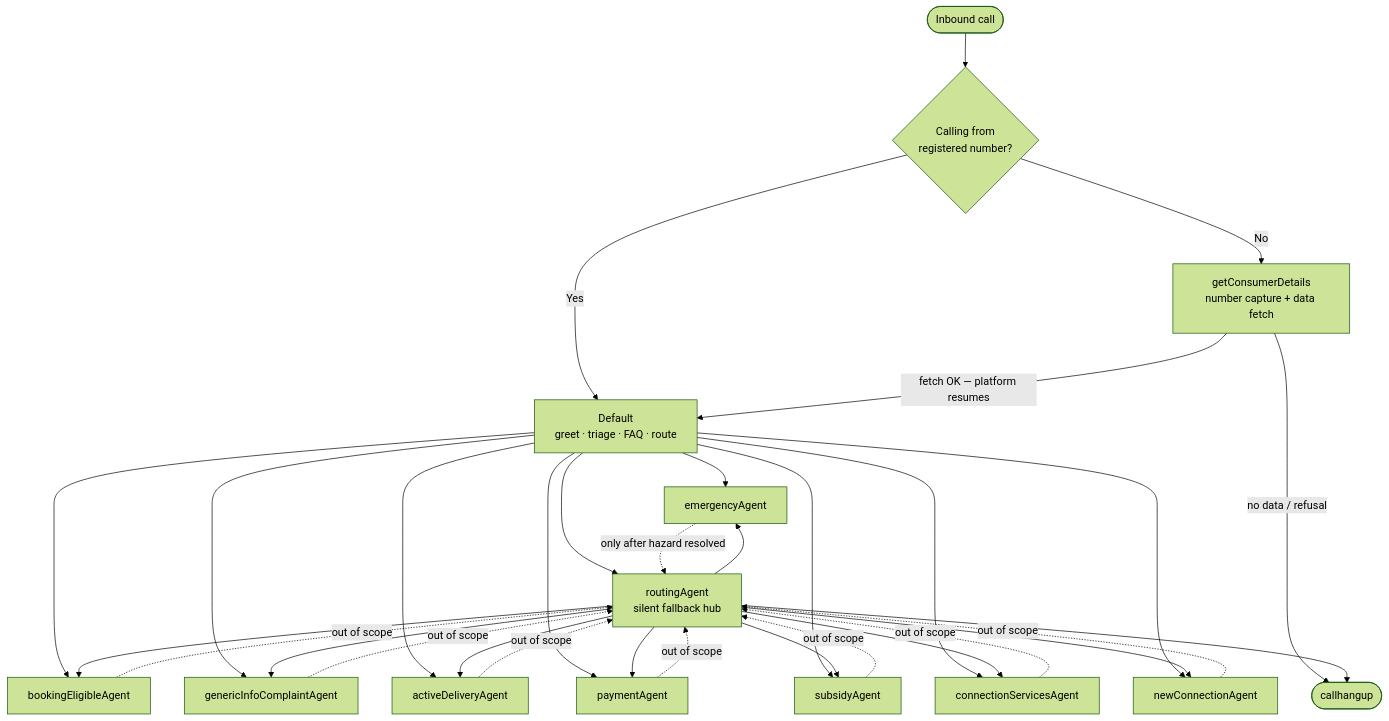
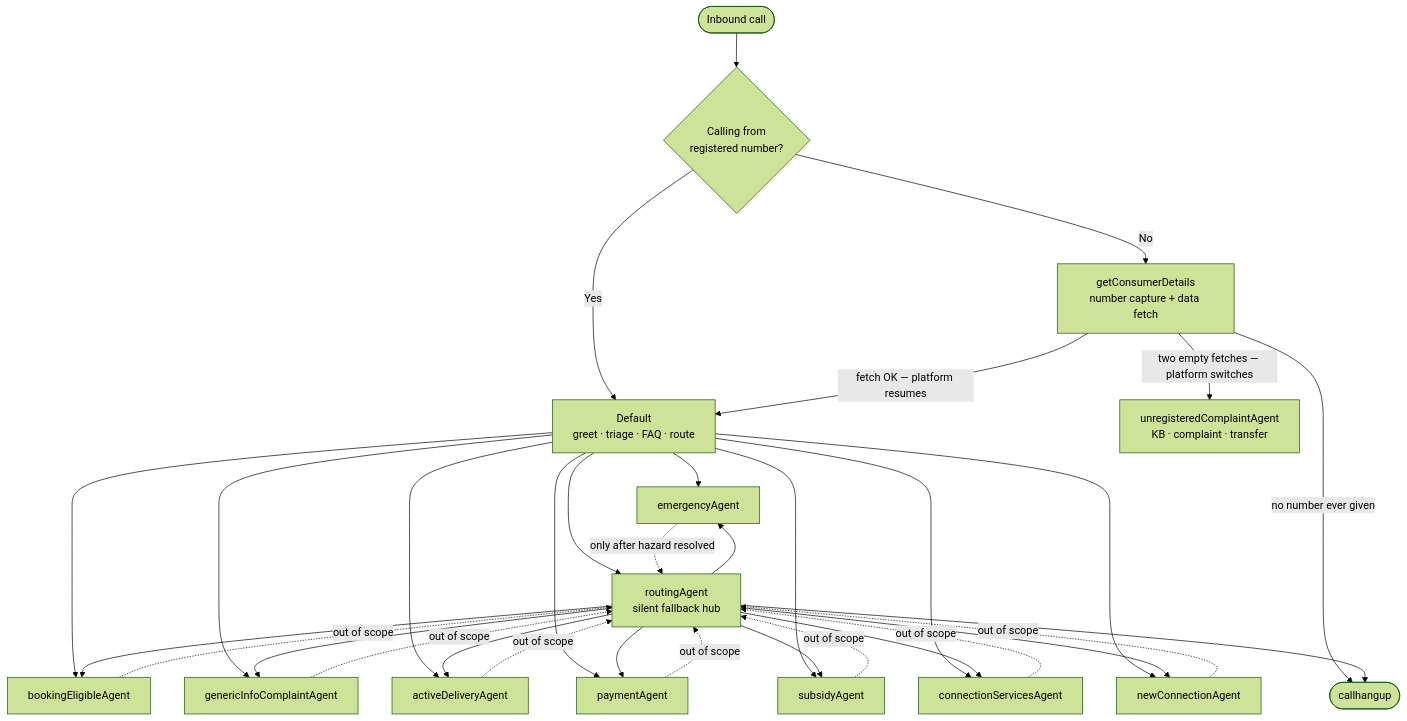
One commit to vijay-vo/vo_prompts changed the diagram in bpcl_showroom_crc/docs/agent-workflow.md. Above: the diagram before and after it, drawn with Mermaid (forest theme). The commit also changed other lines of this file and 3 other files, not shown here.

````diff
--- a/bpcl_showroom_crc/docs/agent-workflow.md
+++ b/bpcl_showroom_crc/docs/agent-workflow.md
@@ -11,39 +11,40 @@
 ```mermaid
 graph TD
     START([Inbound call]) --> REG{Calling from<br/>registered number?}
 
     REG -->|No| GCD[getConsumerDetails<br/>number capture + data fetch]
     REG -->|Yes| DEF
 
     GCD -->|fetch OK — platform resumes| DEF[Default<br/>greet · triage · FAQ · route]
-    GCD -->|no data / refusal| HANG([callhangup])
+    GCD -->|two empty fetches — platform switches| UNREG[unregisteredComplaintAgent<br/>KB · complaint · transfer]
+    GCD -->|no number ever given| HANG([callhangup])
 
     DEF --> EMG[emergencyAgent]
     DEF --> BOOK[bookingEligibleAgent]
     DEF --> GIC[genericInfoComplaintAgent]
     DEF --> ADEL[activeDeliveryAgent]
     DEF --> PAY[paymentAgent]
     DEF --> SUB[subsidyAgent]
     DEF --> CONN[connectionServicesAgent]
     DEF --> NEW[newConnectionAgent]
     DEF --> ROUTE[routingAgent<br/>silent fallback hub]
 
     ROUTE --> EMG
     ROUTE --> BOOK
     ROUTE --> GIC
     ROUTE --> ADEL
     ROUTE --> PAY
     ROUTE --> SUB
     ROUTE --> CONN
     ROUTE --> NEW
     ROUTE --> HANG
 
     BOOK -.out of scope.-> ROUTE
     GIC -.out of scope.-> ROUTE
     ADEL -.out of scope.-> ROUTE
     PAY -.out of scope.-> ROUTE
     SUB -.out of scope.-> ROUTE
     CONN -.out of scope.-> ROUTE
     NEW -.out of scope.-> ROUTE
     EMG -.only after hazard resolved.-> ROUTE
 ```
````
